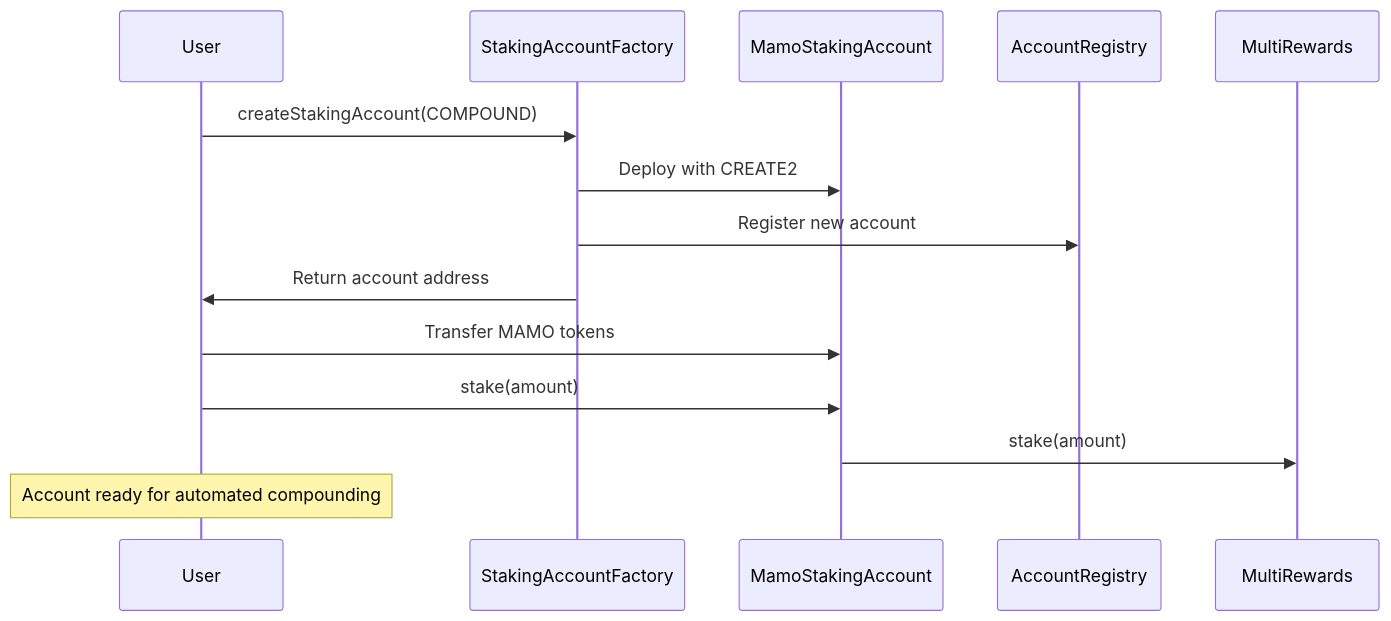
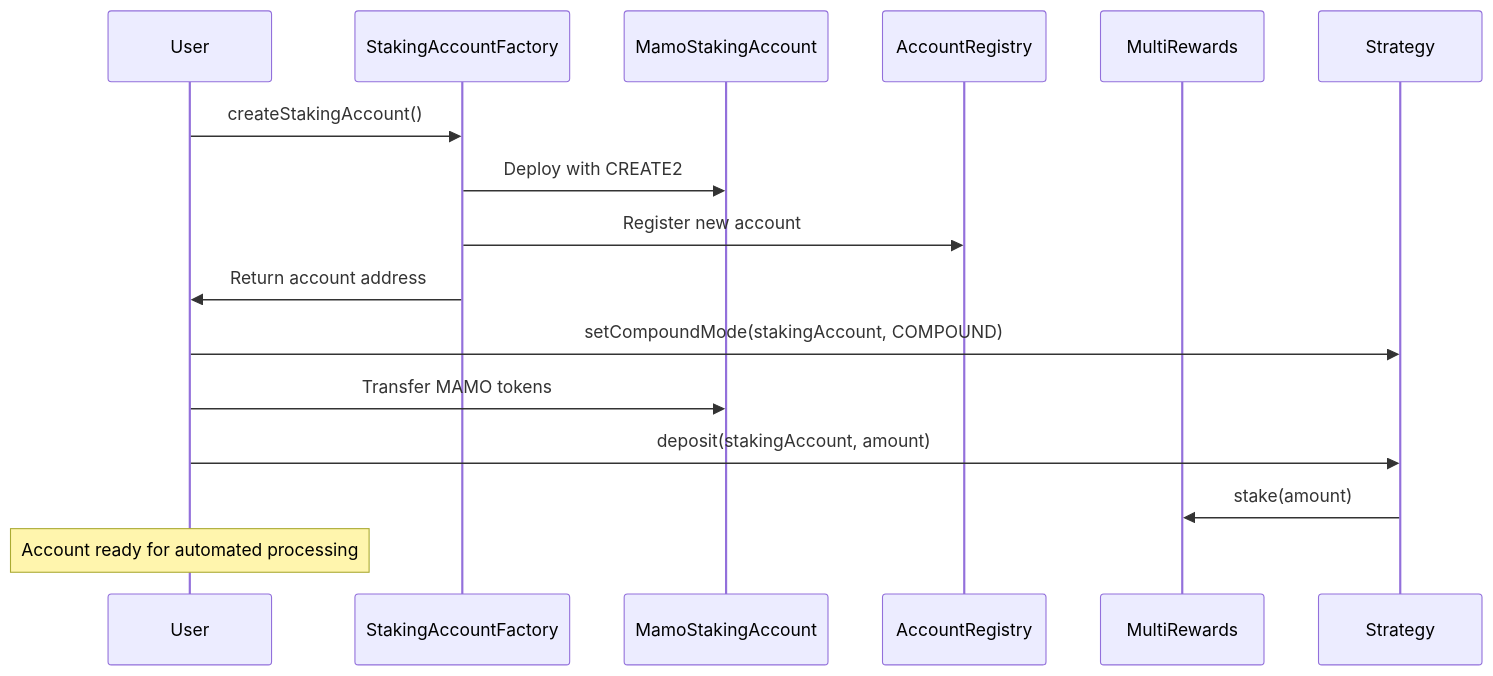
The fourth of 5 diagrams in docs/MAMO_STAKING_ARCHITECTURE.md (moonwell-fi/mamo-contracts), drawn with Mermaid before and after one commit. The commit also changed other lines of this file, not shown here.

Commit message:
move compound mode from account to stratgy contract

````diff
--- a/docs/MAMO_STAKING_ARCHITECTURE.md
+++ b/docs/MAMO_STAKING_ARCHITECTURE.md
@@ -604,19 +607,20 @@
 ```mermaid
 sequenceDiagram
     participant User as User
     participant Factory as StakingAccountFactory
     participant StakingAccount as MamoStakingAccount
     participant Registry as AccountRegistry
     participant MultiRewards as MultiRewards
 
-    User->>Factory: createStakingAccount(COMPOUND)
+    User->>Factory: createStakingAccount()
     Factory->>StakingAccount: Deploy with CREATE2
     Factory->>Registry: Register new account
     Factory->>User: Return account address
     
+    User->>Strategy: setCompoundMode(stakingAccount, COMPOUND)
     User->>StakingAccount: Transfer MAMO tokens
-    User->>StakingAccount: stake(amount)
-    StakingAccount->>MultiRewards: stake(amount)
+    User->>Strategy: deposit(stakingAccount, amount)
+    Strategy->>MultiRewards: stake(amount)
     
-    Note over User: Account ready for automated compounding
+    Note over User: Account ready for automated processing
 ```
````
